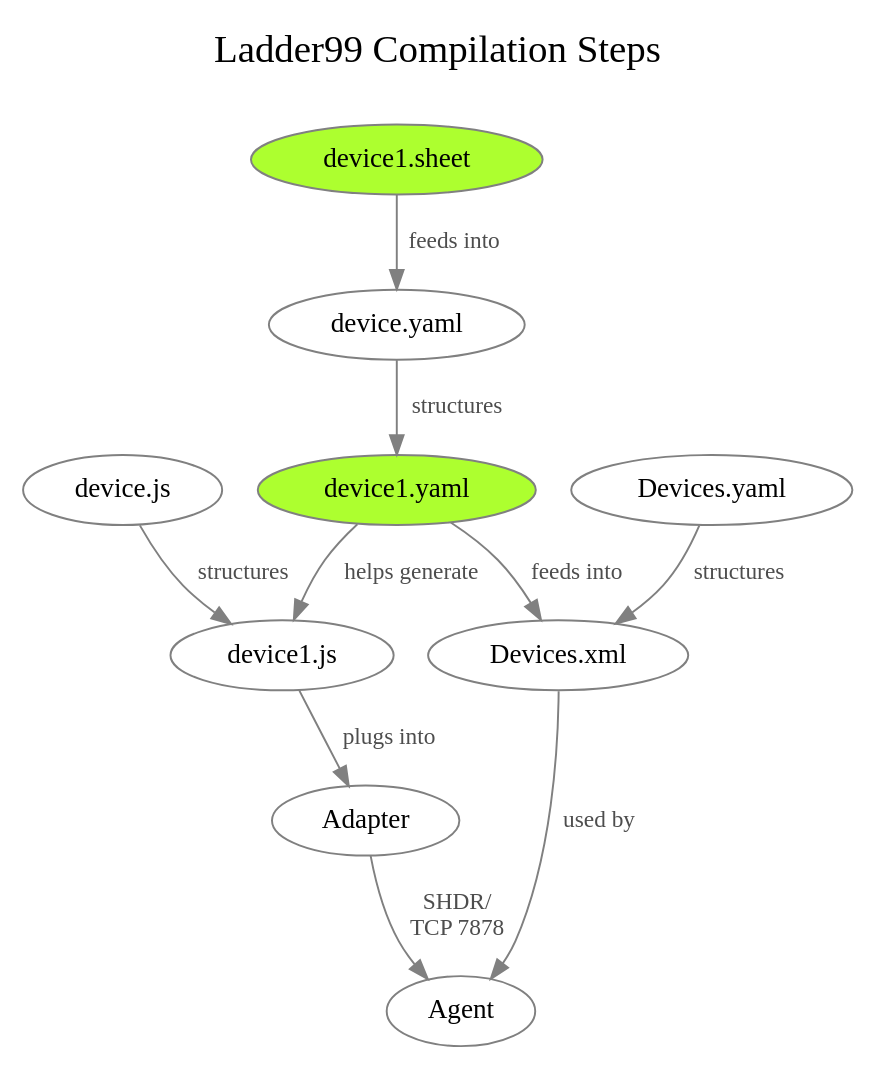
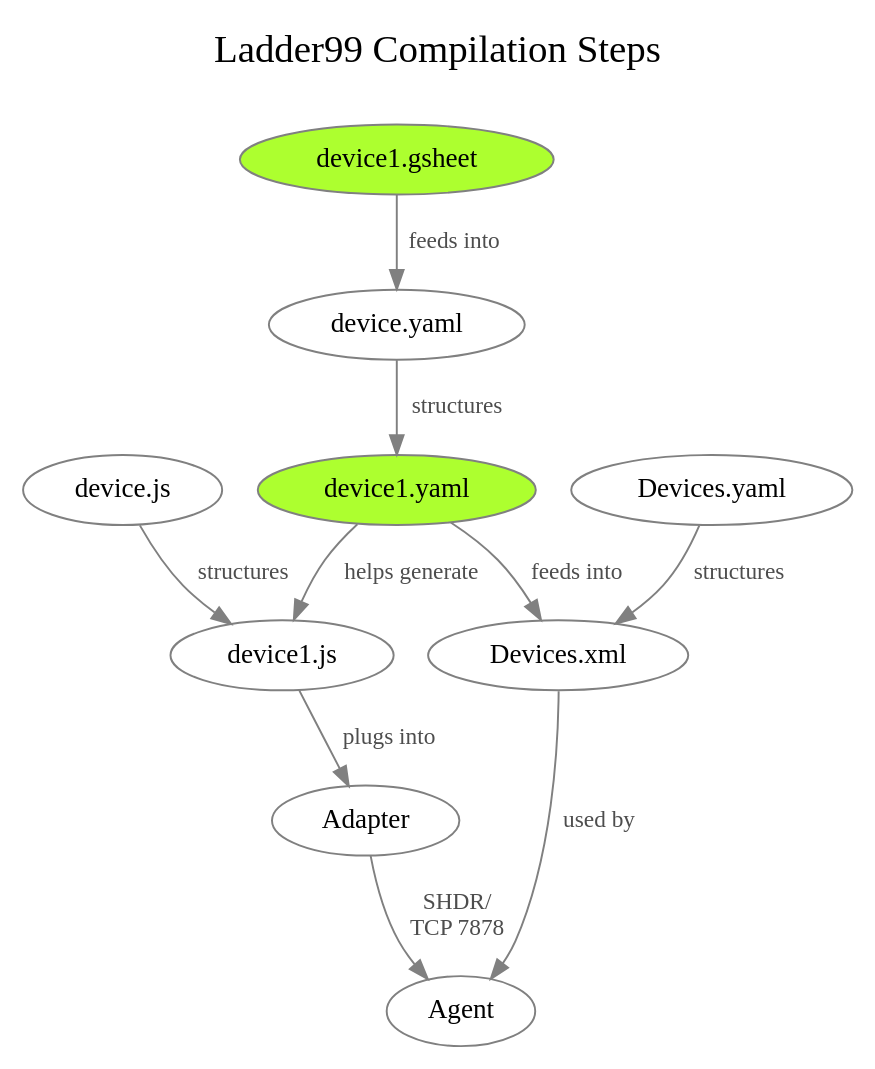
The diagram in design/compilation.dot (Ladder99/ladder99), drawn with Graphviz before and after one commit.

```diff
--- a/design/compilation.dot
+++ b/design/compilation.dot
@@ -1,36 +1,36 @@
 digraph "ladder99-compilation" {
 
   // styles
   graph [ label="Ladder99 Compilation Steps\n "; color=lightgray; ];
   graph [ fontsize=20 ];
   graph [ labelloc=t ];
   // graph [ ranksep=0.2 ];
   // graph [ nodesep=0.35 ];
   // graph [ rankdir=LR; ] // left-to-right
   node [ color=gray; fillcolor=white; style=filled ];
   edge [ color=gray ];
   edge [ fontsize=12; fontcolor=gray30; ];
 
   // nodes
-  Device1Sheet [ fillcolor="greenyellow"; label="device1.sheet" ];
+  Device1Sheet [ fillcolor="greenyellow"; label="device1.gsheet" ];
   DeviceYaml [ label="device.yaml" ];
   Device1Yaml [ fillcolor="greenyellow"; label="device1.yaml" ];
   DeviceJs [ label="device.js" ];
   Device1Js [ label="device1.js" ];
   DevicesXml [ label="Devices.xml" ];
   DevicesYaml [ label="Devices.yaml" ];
 
   // edges
   DeviceYaml -> Device1Yaml [ label="structures" ];
   Device1Sheet -> DeviceYaml [ label="feeds into" ];
   Device1Yaml -> Device1Js [ label="helps generate" ];
   DeviceJs -> Device1Js [ label="structures" ];
   Device1Js -> Adapter [ label="plugs into" ];
   Device1Yaml -> DevicesXml [ label="feeds into" ];
   Adapter -> Agent [ label="SHDR/\nTCP 7878" ];
   DevicesYaml -> DevicesXml [ label="structures" ];
   DevicesXml -> Agent [ label="used by" ];
 
   // rank
   // { rank=same; DiodeSender DiodeReceiver Agent Application Database Visualizer };
 }
```
